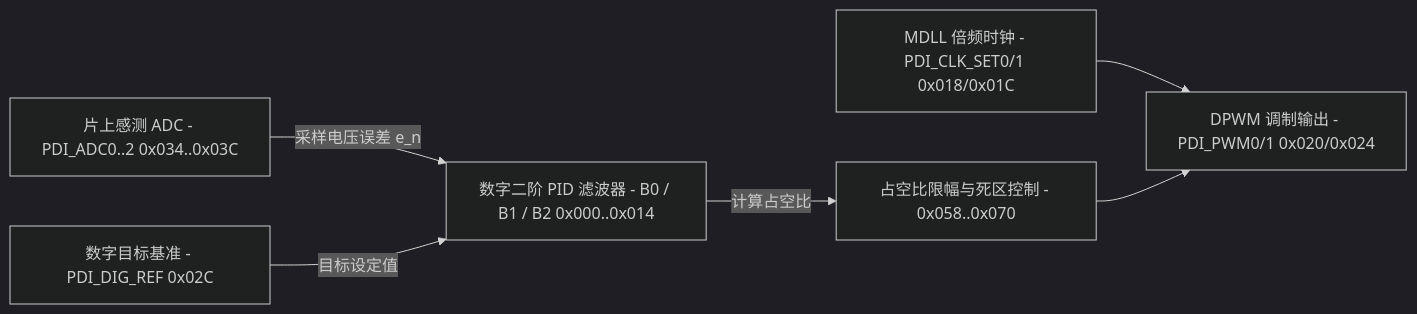
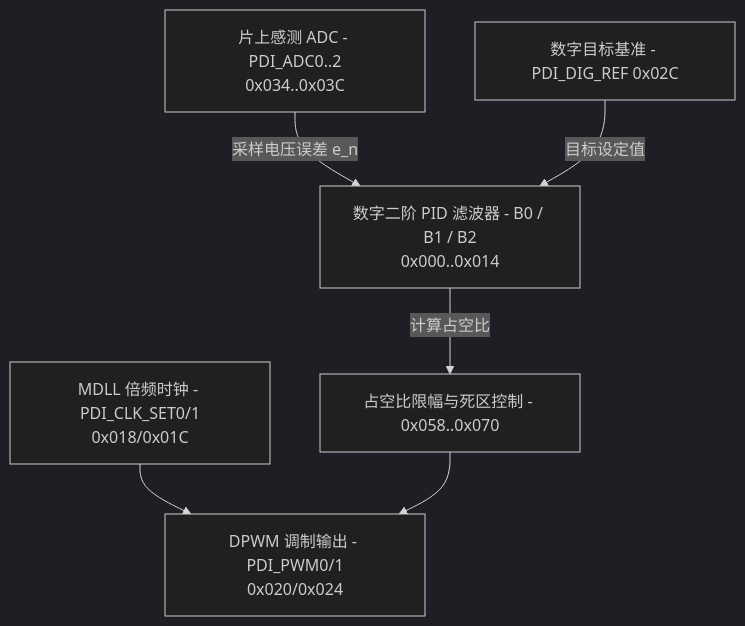
The diagram in 06_functional_blocks/07_dcdc_converters.md (difanz/lantiq-falcon-s-docs), drawn with Mermaid (dark theme) before and after one commit. The commit also changed 33 other files, not shown here.

Commit message:
Improve diagram readability and adopt the Material theme

````diff
--- a/06_functional_blocks/07_dcdc_converters.md
+++ b/06_functional_blocks/07_dcdc_converters.md
@@ -17,8 +17,8 @@
 ```mermaid
-flowchart LR
-    ADC["片上感测 ADC - PDI_ADC0..2 0x034..0x03C"] -->|采样电压误差 e_n| PID["数字二阶 PID 滤波器 - B0 / B1 / B2 0x000..0x014"]
+flowchart TD
+    ADC["片上感测 ADC - PDI_ADC0..2<br/>0x034..0x03C"] -->|采样电压误差 e_n| PID["数字二阶 PID 滤波器 - B0 / B1 / B2<br/>0x000..0x014"]
     REF["数字目标基准 - PDI_DIG_REF 0x02C"] -->|目标设定值| PID
     PID -->|计算占空比| SAT["占空比限幅与死区控制 - 0x058..0x070"]
-    MDLL["MDLL 倍频时钟 - PDI_CLK_SET0/1 0x018/0x01C"] --> PWM["DPWM 调制输出 - PDI_PWM0/1 0x020/0x024"]
+    MDLL["MDLL 倍频时钟 - PDI_CLK_SET0/1<br/>0x018/0x01C"] --> PWM["DPWM 调制输出 - PDI_PWM0/1<br/>0x020/0x024"]
     SAT --> PWM
 ```
````
